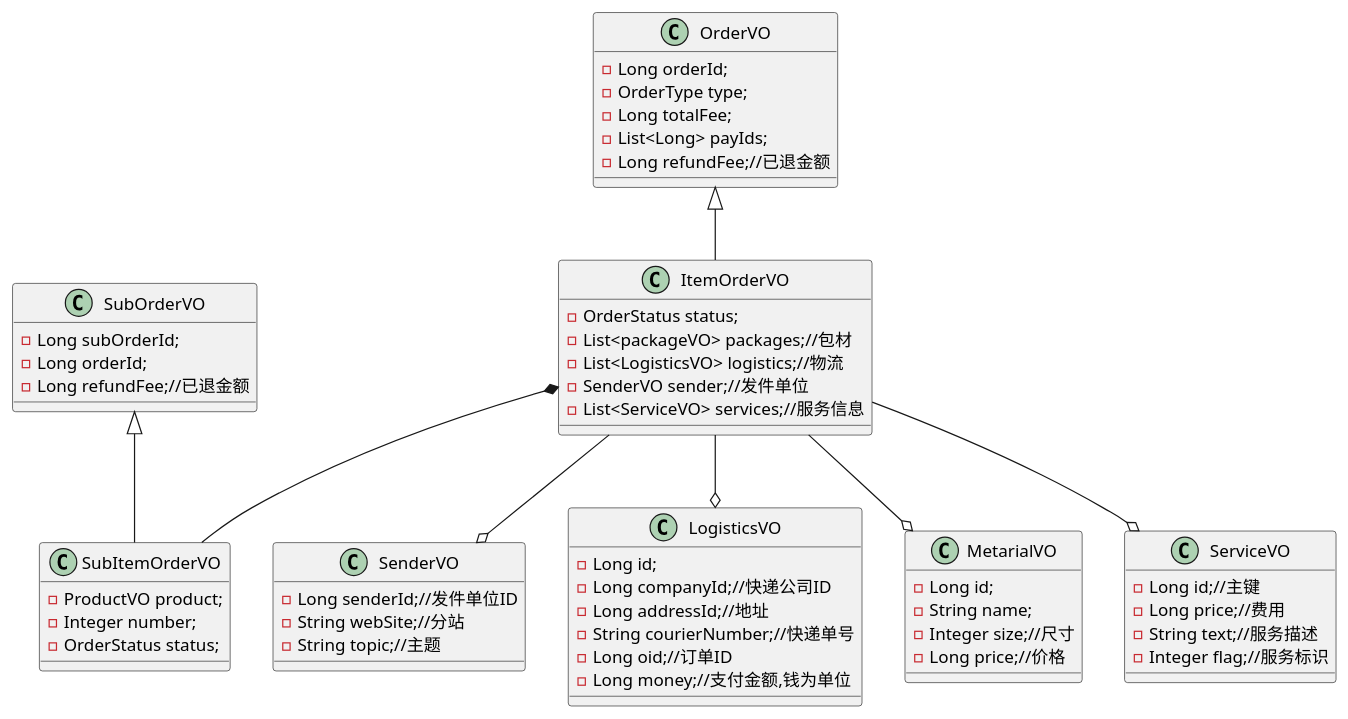
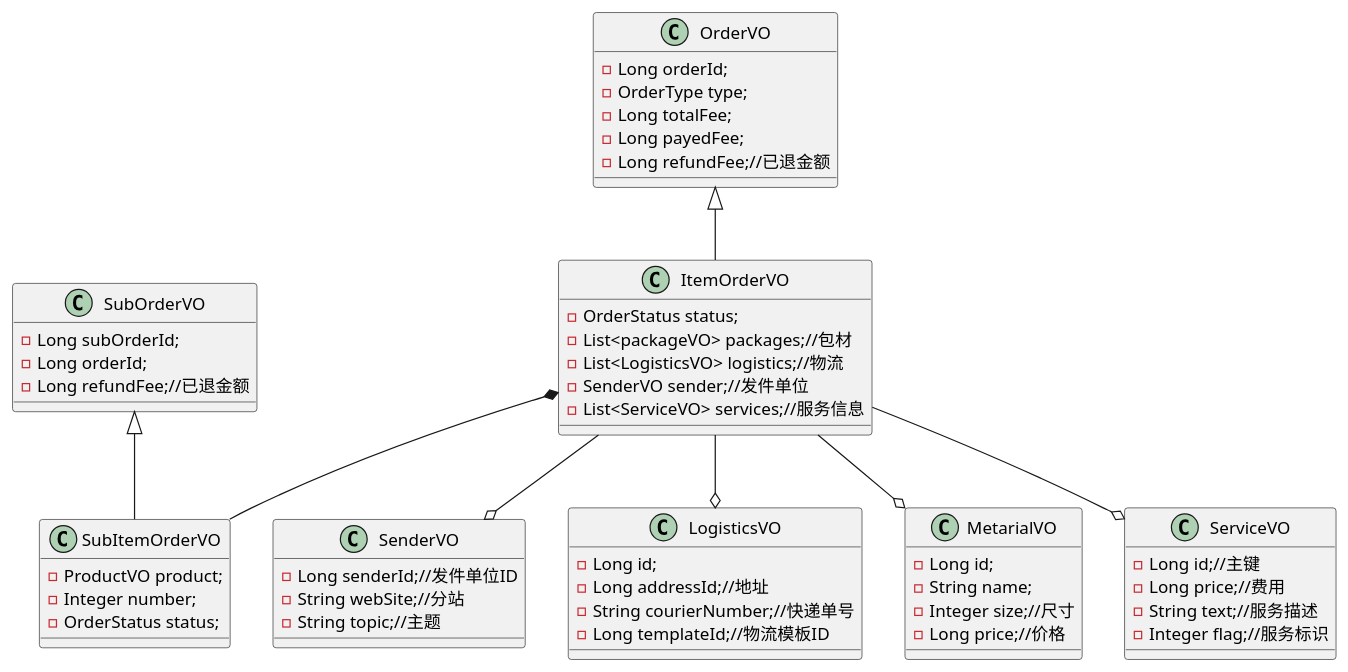
The diagram in main4-order/main4-order-api/src/main/resources/orderData.puml (pogy/main-pom), drawn with PlantUML before and after one commit. The commit also changed 15 other files, not shown here.

```diff
--- a/main4-order/main4-order-api/src/main/resources/orderData.puml
+++ b/main4-order/main4-order-api/src/main/resources/orderData.puml
@@ -1,72 +1,70 @@
 @startuml
 
 class OrderVO{
 -Long orderId;
 -OrderType type;
 -Long totalFee;
--List<Long> payIds;
+-Long payedFee;
 -Long refundFee;//已退金额
 }
 
 class ItemOrderVO{
 -OrderStatus status;
 -List<packageVO> packages;//包材
 -List<LogisticsVO> logistics;//物流
 -SenderVO sender;//发件单位
 -List<ServiceVO> services;//服务信息
 }
 
 class SubOrderVO{
 -Long subOrderId;
 -Long orderId;
 -Long refundFee;//已退金额
 }
 
 class SubItemOrderVO{
 -ProductVO product;
 -Integer number;
 -OrderStatus status;
 }
 
 class SenderVO{
 -Long senderId;//发件单位ID
 -String webSite;//分站
 -String topic;//主题
 }
 
 class LogisticsVO{
 -Long id;
--Long companyId;//快递公司ID
 -Long addressId;//地址
 -String courierNumber;//快递单号
--Long oid;//订单ID
--Long money;//支付金额,钱为单位
+-Long templateId;//物流模板ID
 }
 
 class MetarialVO{
 -Long id;
 -String name;
 -Integer size;//尺寸
 -Long price;//价格
 }
 
 class ServiceVO{
 -Long id;//主键
 -Long price;//费用
 -String text;//服务描述
 -Integer flag;//服务标识
 }
 
 
 OrderVO <|-- ItemOrderVO
 SubOrderVO <|-- SubItemOrderVO
 
 ItemOrderVO *-- SubItemOrderVO
 ItemOrderVO --o ServiceVO
 
 ItemOrderVO --o SenderVO
 ItemOrderVO --o MetarialVO
 ItemOrderVO --o LogisticsVO
 
 
 @enduml
```
